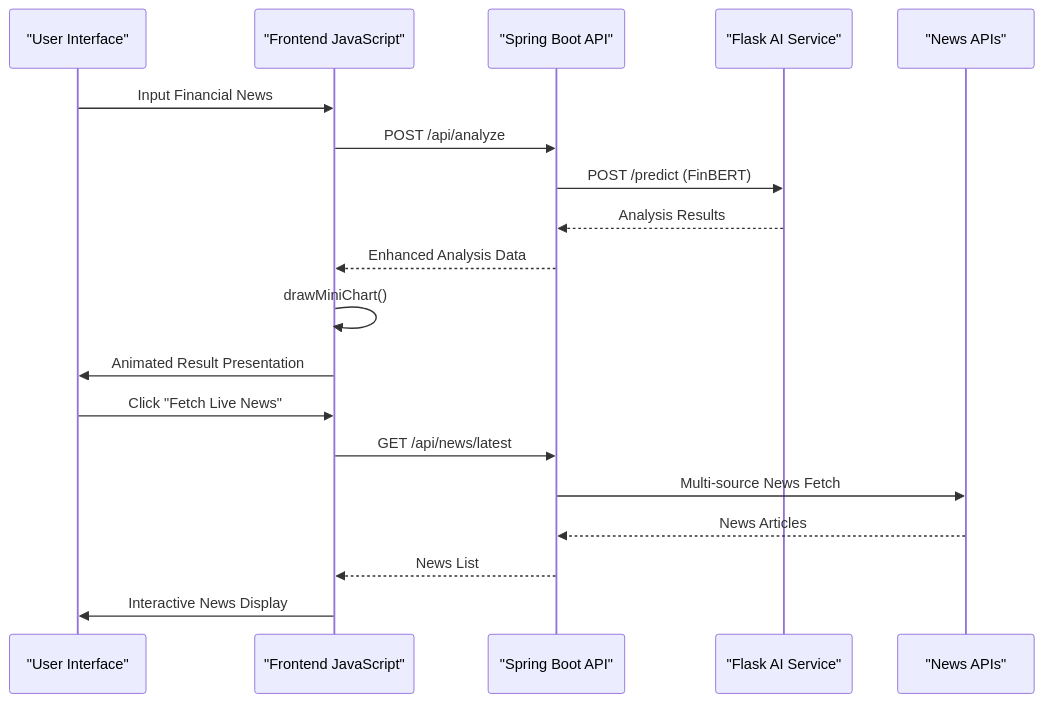
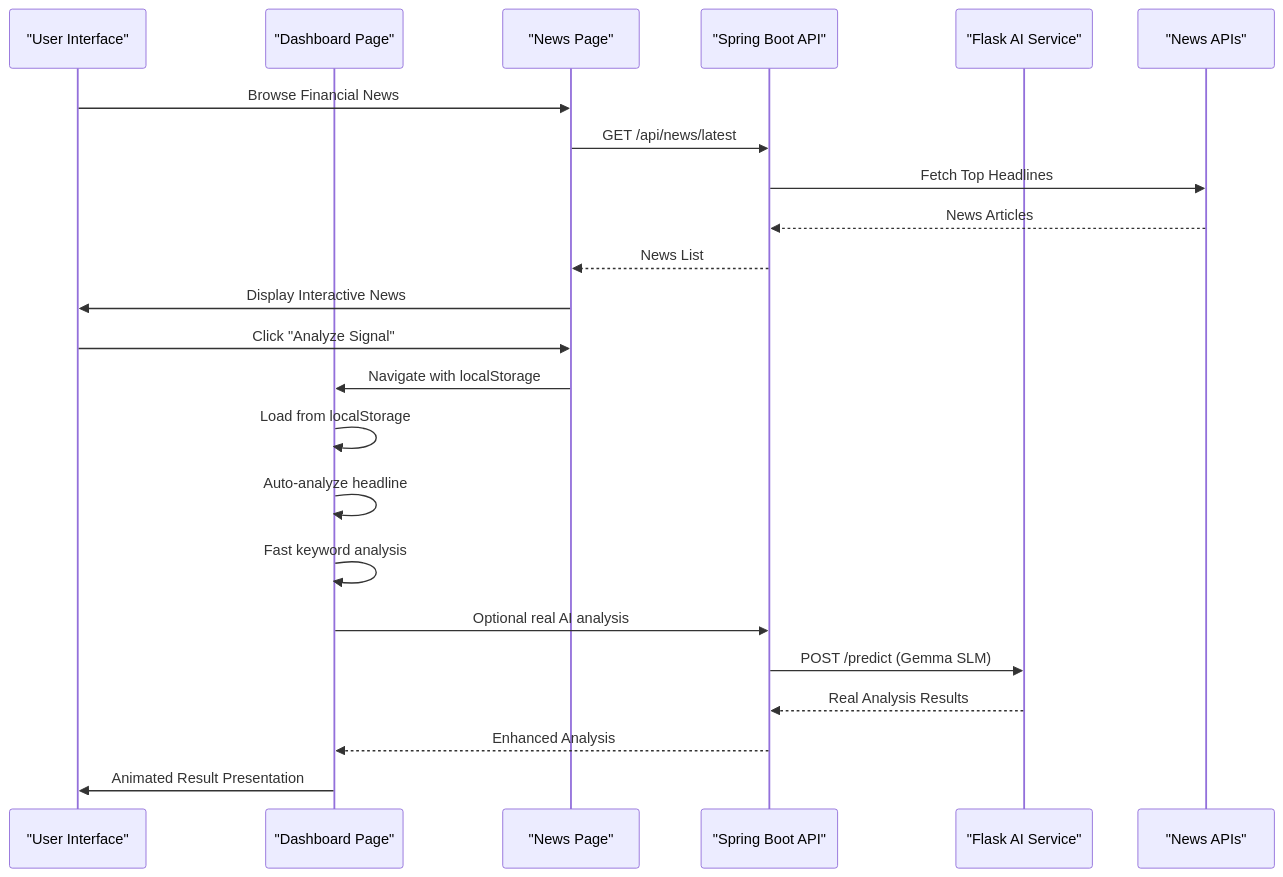
The second of 6 diagrams in .qoder/repowiki/en/content/JavaScript Implementation.md (ayushtiwari1526/TheReinforcers_AyushTiwari), drawn with Mermaid before and after one commit. The commit also changed other lines of this file and 16 other files, not shown here.

````diff
--- a/.qoder/repowiki/en/content/JavaScript Implementation.md
+++ b/.qoder/repowiki/en/content/JavaScript Implementation.md
@@ -105,21 +136,25 @@
 ```mermaid
 sequenceDiagram
 participant User as "User Interface"
-participant Frontend as "Frontend JavaScript"
+participant Dashboard as "Dashboard Page"
+participant News as "News Page"
 participant Backend as "Spring Boot API"
 participant AI as "Flask AI Service"
-participant News as "News APIs"
-User->>Frontend : Input Financial News
-Frontend->>Backend : POST /api/analyze
-Backend->>AI : POST /predict (FinBERT)
-AI-->>Backend : Analysis Results
-Backend-->>Frontend : Enhanced Analysis Data
-Frontend->>Frontend : drawMiniChart()
-Frontend->>User : Animated Result Presentation
-User->>Frontend : Click "Fetch Live News"
-Frontend->>Backend : GET /api/news/latest
-Backend->>News : Multi-source News Fetch
-News-->>Backend : News Articles
-Backend-->>Frontend : News List
-Frontend->>User : Interactive News Display
+participant NewsAPI as "News APIs"
+User->>News : Browse Financial News
+News->>Backend : GET /api/news/latest
+Backend->>NewsAPI : Fetch Top Headlines
+NewsAPI-->>Backend : News Articles
+Backend-->>News : News List
+News->>User : Display Interactive News
+User->>News : Click "Analyze Signal"
+News->>Dashboard : Navigate with localStorage
+Dashboard->>Dashboard : Load from localStorage
+Dashboard->>Dashboard : Auto-analyze headline
+Dashboard->>Dashboard : Fast keyword analysis
+Dashboard->>Backend : Optional real AI analysis
+Backend->>AI : POST /predict (Gemma SLM)
+AI-->>Backend : Real Analysis Results
+Backend-->>Dashboard : Enhanced Analysis
+Dashboard->>User : Animated Result Presentation
 ```
````
